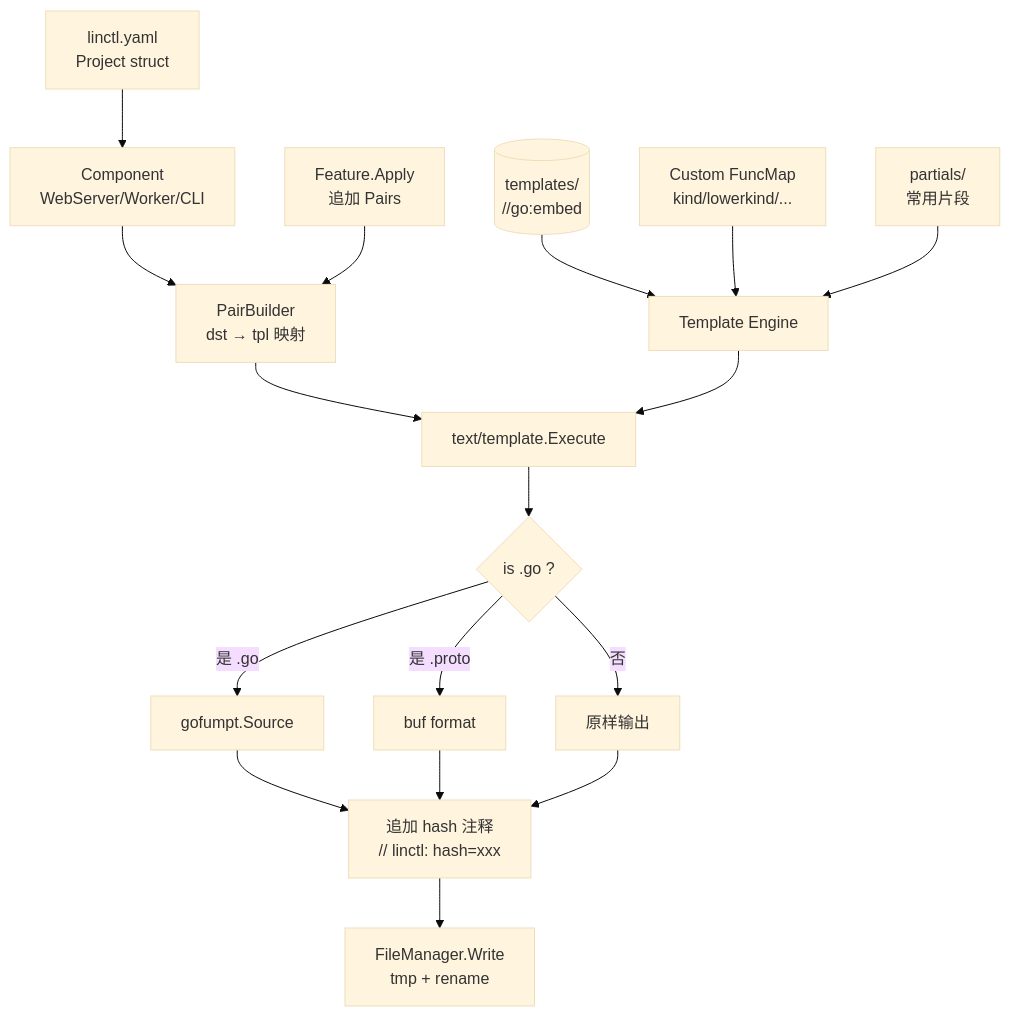
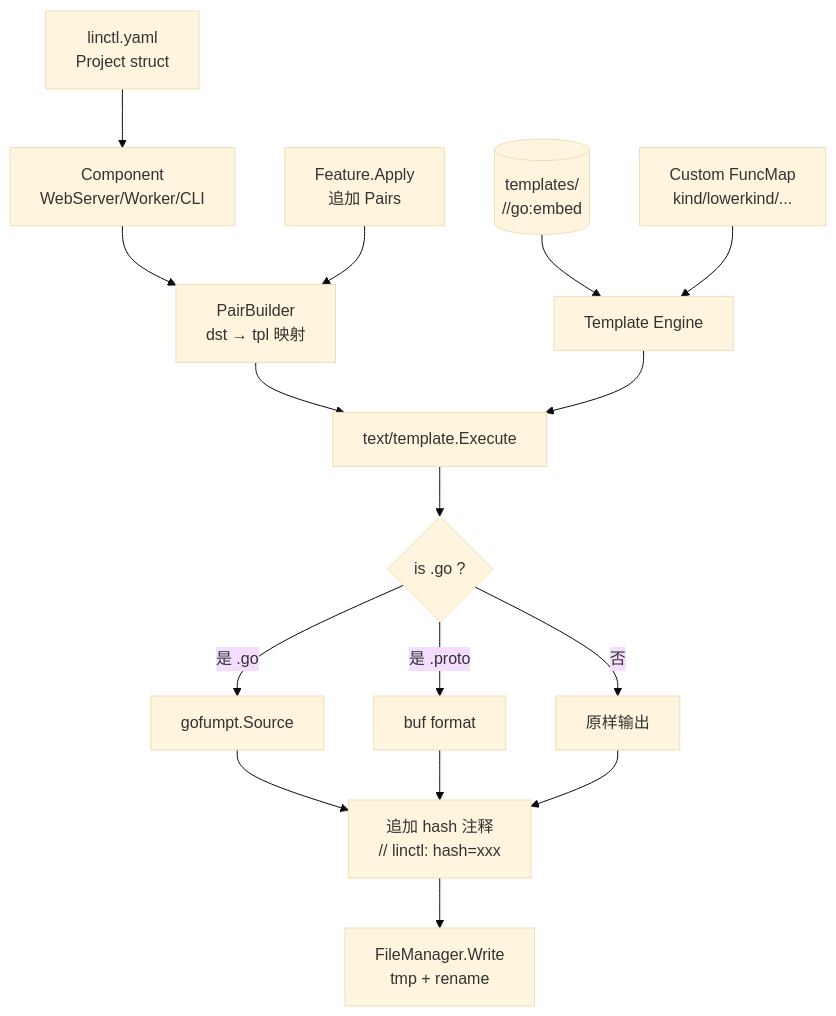
The diagram in docs/05-template-system.md (clin211/linctl), drawn with Mermaid (base theme) before and after one commit. The commit also changed other lines of this file and 387 other files, not shown here.

````diff
--- a/docs/05-template-system.md
+++ b/docs/05-template-system.md
@@ -17,37 +25,35 @@
 ```mermaid
 flowchart TD
     Embed[(templates/<br/>//go:embed)]
     Engine[Template Engine]
     FuncMap[Custom FuncMap<br/>kind/lowerkind/...]
-    Partials[partials/<br/>常用片段]
 
     UserCfg[linctl.yaml<br/>Project struct]
     Component[Component<br/>WebServer/Worker/CLI]
     Feature[Feature.Apply<br/>追加 Pairs]
 
     PairBuilder[PairBuilder<br/>dst → tpl 映射]
 
     Render[text/template.Execute]
     Format{is .go ?}
     Gofumpt[gofumpt.Source]
     BufFmt[buf format]
     Raw[原样输出]
     AppendHash[追加 hash 注释<br/>// linctl: hash=xxx]
     AtomicWrite[FileManager.Write<br/>tmp + rename]
 
     Embed --> Engine
     FuncMap --> Engine
-    Partials --> Engine
 
     UserCfg --> Component
     Component --> PairBuilder
     Feature --> PairBuilder
 
     PairBuilder --> Render
     Engine --> Render
     Render --> Format
     Format -->|是 .go| Gofumpt --> AppendHash
     Format -->|是 .proto| BufFmt --> AppendHash
     Format -->|否| Raw --> AppendHash
     AppendHash --> AtomicWrite
 ```
````
